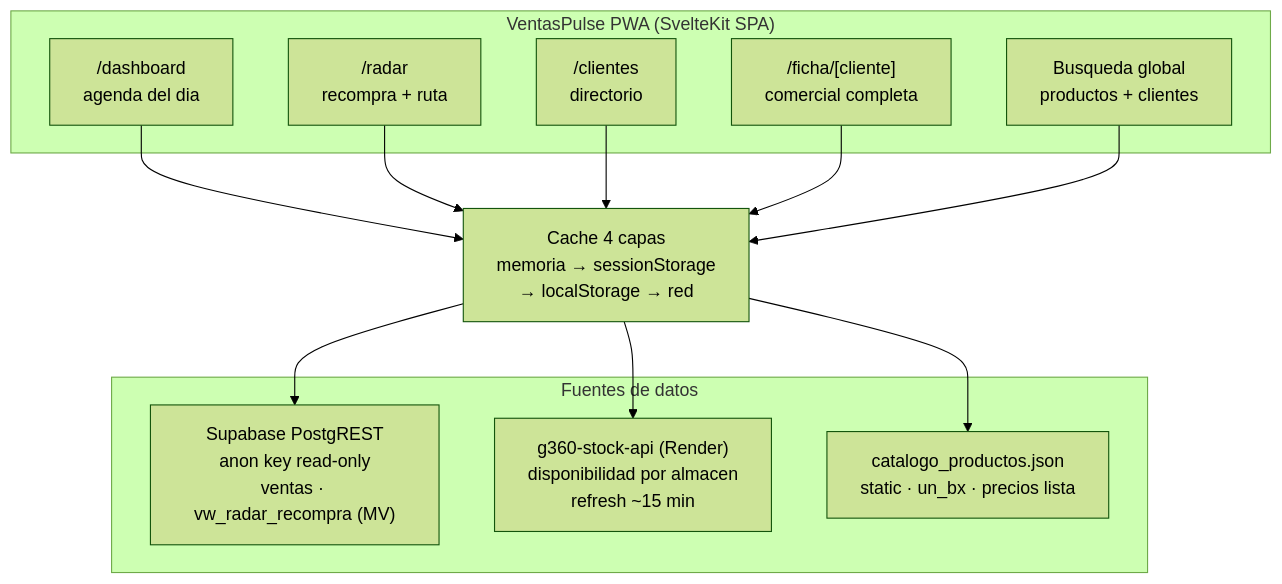
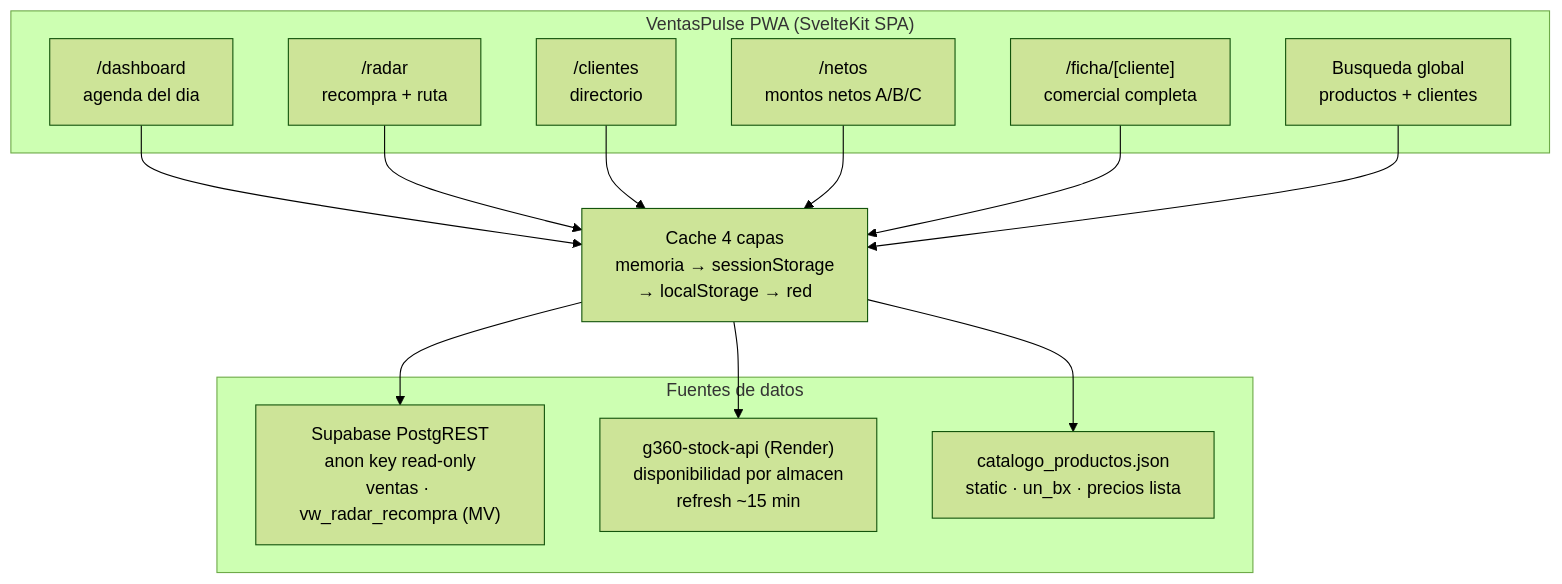
The first of 3 diagrams in README.md (carloscus/g360-ventas-pulse), drawn with Mermaid (forest theme) before and after one commit. The commit also changed other lines of this file and 9 other files, not shown here.

````diff
--- a/README.md
+++ b/README.md
@@ -16,27 +16,29 @@
 ```mermaid
 flowchart TD
     subgraph PWA["VentasPulse PWA (SvelteKit SPA)"]
         DASH["/dashboard<br/>agenda del dia"]
         RADAR["/radar<br/>recompra + ruta"]
         CLI["/clientes<br/>directorio"]
+        NETOS["/netos<br/>montos netos A/B/C"]
         FICHA["/ficha/[cliente]<br/>comercial completa"]
         BUSQ["Busqueda global<br/>productos + clientes"]
     end
 
     subgraph DATOS["Fuentes de datos"]
         SB["Supabase PostgREST<br/>anon key read-only<br/>ventas · vw_radar_recompra (MV)"]
         STOCK["g360-stock-api (Render)<br/>disponibilidad por almacen<br/>refresh ~15 min"]
         CAT["catalogo_productos.json<br/>static · un_bx · precios lista"]
     end
 
     CACHE["Cache 4 capas<br/>memoria → sessionStorage<br/>→ localStorage → red"]
 
     DASH --> CACHE
     RADAR --> CACHE
     CLI --> CACHE
+    NETOS --> CACHE
     FICHA --> CACHE
     BUSQ --> CACHE
     CACHE --> SB
     CACHE --> STOCK
     CACHE --> CAT
 ```
````
